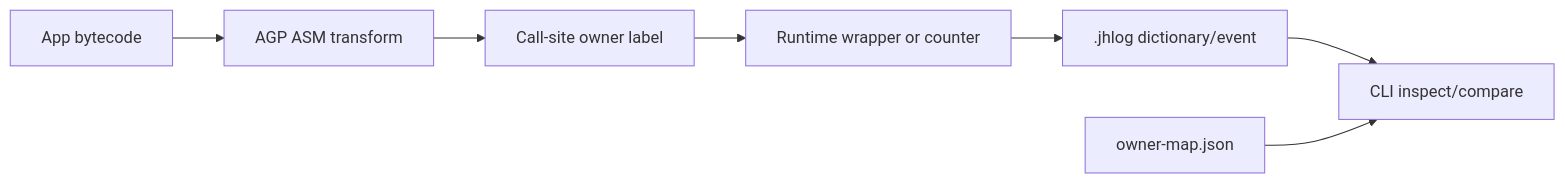
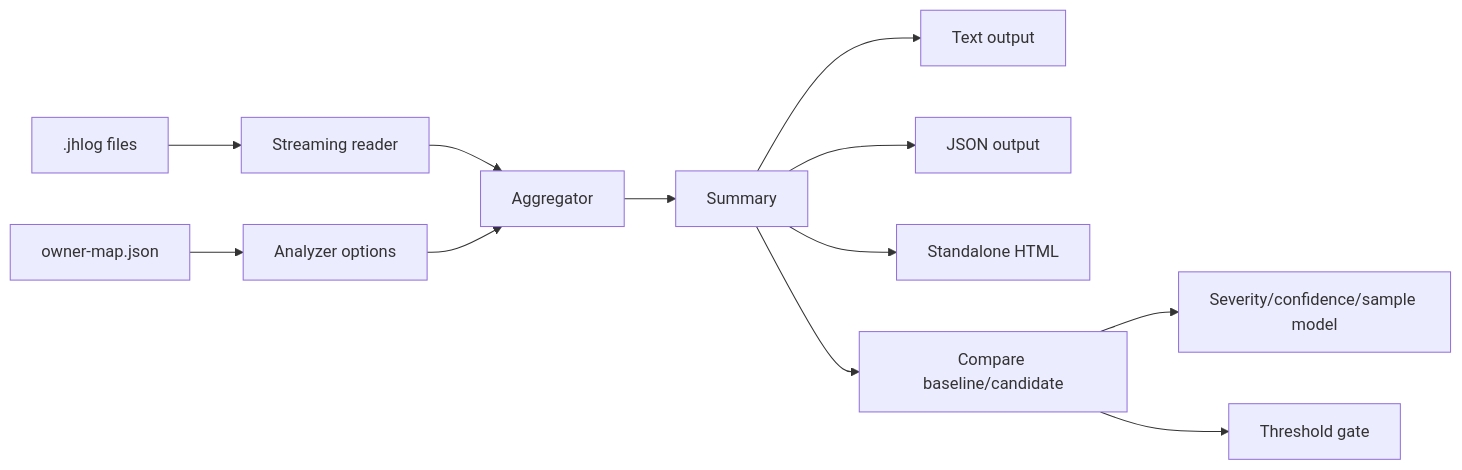
One commit to i-redbyte/Jank-Hunter changed the third of 3 diagrams in docs/architecture.md. Above: the diagram before and after it, drawn with Mermaid. The commit also changed other lines of this file and 2 other files, not shown here.

Commit message:
Refresh architecture and usage docs

````diff
--- a/docs/architecture.md
+++ b/docs/architecture.md
@@ -102,9 +200,14 @@
 ```mermaid
 flowchart LR
-    A["App bytecode"] --> B["AGP ASM transform"]
-    B --> C["Call-site owner label"]
-    C --> D["Runtime wrapper or counter"]
-    D --> E[".jhlog dictionary/event"]
-    E --> F["CLI inspect/compare"]
-    G["owner-map.json"] --> F
+    A[".jhlog files"] --> B["Streaming reader"]
+    C["owner-map.json"] --> D["Analyzer options"]
+    B --> E["Aggregator"]
+    D --> E
+    E --> F["Summary"]
+    F --> G["Text output"]
+    F --> H["JSON output"]
+    F --> I["Standalone HTML"]
+    F --> J["Compare baseline/candidate"]
+    J --> K["Severity/confidence/sample model"]
+    J --> L["Threshold gate"]
 ```
````
